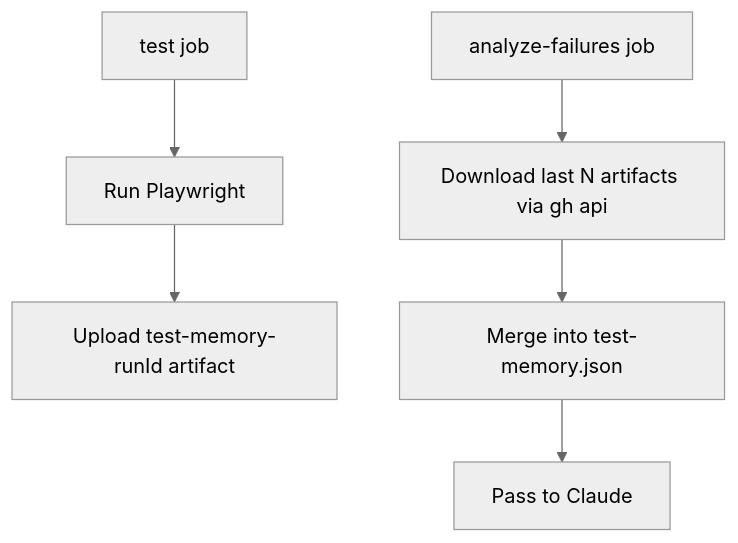
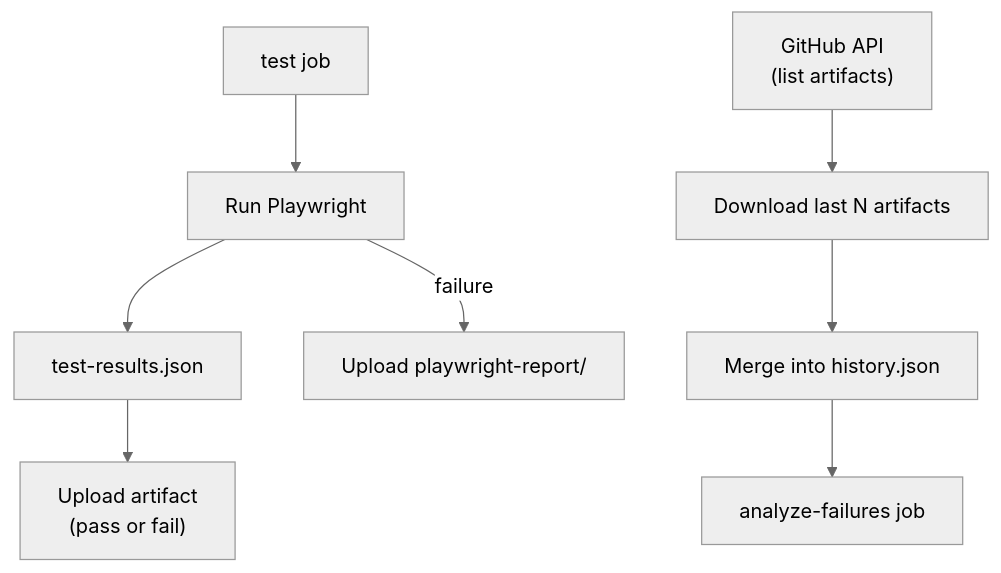
Before and after one commit to qa-land/little-qa: the second of 4 diagrams in README.md, drawn with Mermaid (neutral theme). The commit also changed other lines of this file, not shown here.

````diff
--- a/README.md
+++ b/README.md
@@ -59,8 +52,10 @@
 ```mermaid
 flowchart TD
   TestJob["test job"] --> RunTests["Run Playwright"]
-  RunTests --> Upload["Upload test-memory-runId artifact"]
-  AnalyzeJob["analyze-failures job"] --> Download["Download last N artifacts via gh api"]
-  Download --> Merge["Merge into test-memory.json"]
-  Merge --> Claude["Pass to Claude"]
+  RunTests --> Results["test-results.json"]
+  Results --> UploadArtifact["Upload artifact\n(pass or fail)"]
+  RunTests -->|failure| UploadReport["Upload playwright-report/"]
+  GHApi["GitHub API\n(list artifacts)"] --> DownloadN["Download last N artifacts"]
+  DownloadN --> MergeHistory["Merge into history.json"]
+  MergeHistory --> AnalyzeJob["analyze-failures job"]
 ```
````
